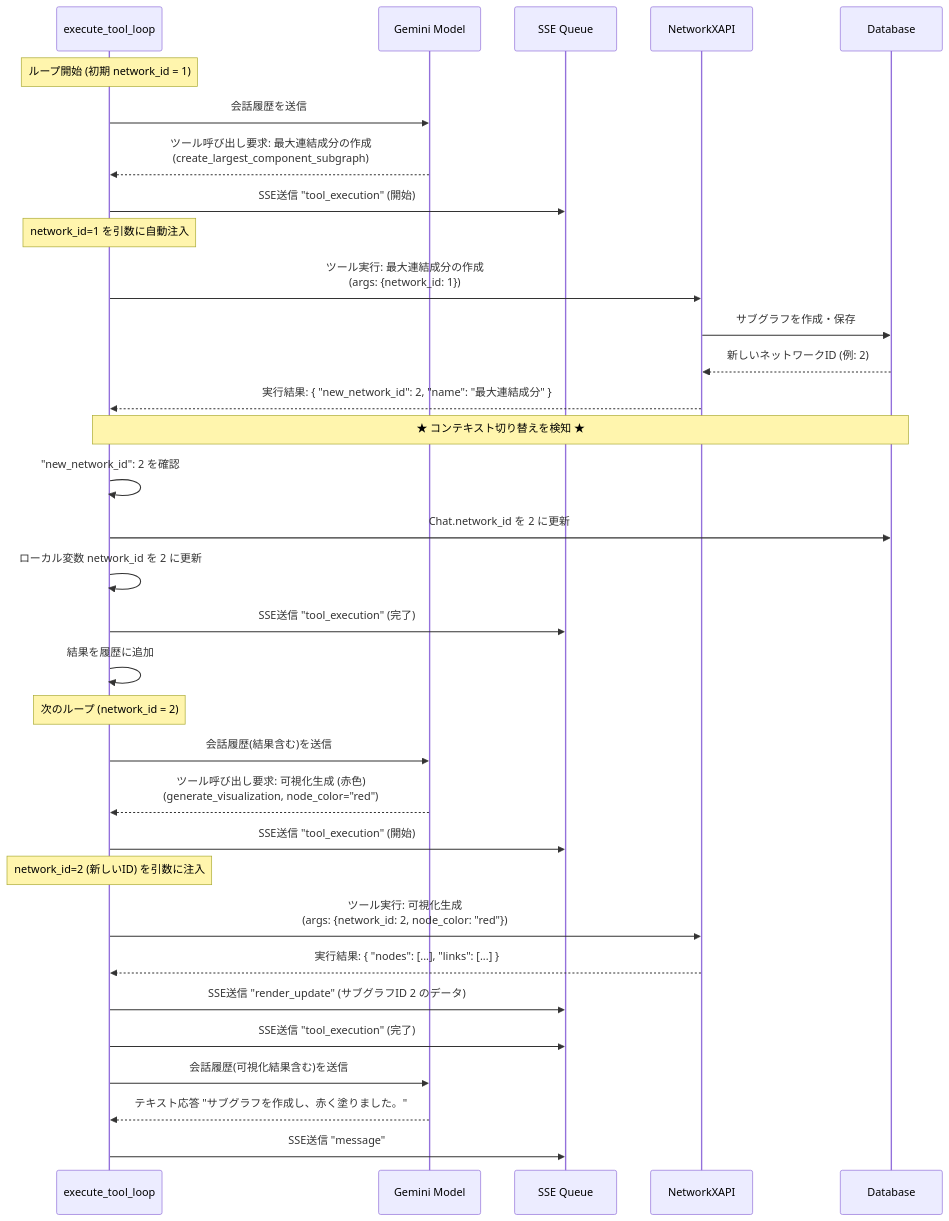
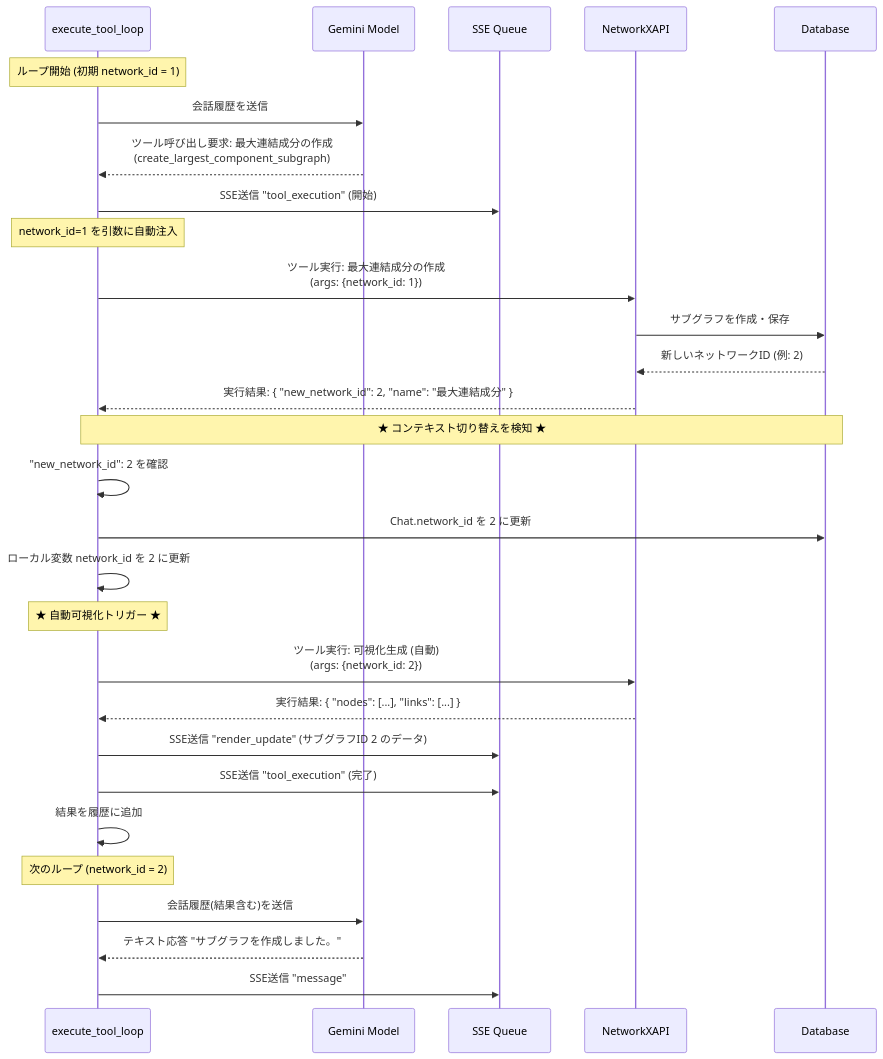
Before and after one commit to vdslab/LLMGraphvis: the tenth of 10 diagrams in specification/2_Technical_Details/6_Core_Workflows.md, drawn with Mermaid. The commit also changed other lines of this file and 4 other files, not shown here.

Commit message:
feat: Automatically generate and render visualizations for new networks created by tool execution and add comprehensive LCC verification tests.

````diff
--- a/specification/2_Technical_Details/6_Core_Workflows.md
+++ b/specification/2_Technical_Details/6_Core_Workflows.md
@@ -455,48 +457,41 @@
 ```mermaid
 sequenceDiagram
     participant Engine as execute_tool_loop
     participant LLM as Gemini Model
     participant Queue as SSE Queue
     participant MCP as NetworkXAPI
     participant DB as Database
     
     Note over Engine: ループ開始 (初期 network_id = 1)
 
     Engine->>LLM: 会話履歴を送信
     LLM-->>Engine: ツール呼び出し要求: 最大連結成分の作成<br/>(create_largest_component_subgraph)
 
     Engine->>Queue: SSE送信 "tool_execution" (開始)
     
     Note over Engine: network_id=1 を引数に自動注入
     Engine->>MCP: ツール実行: 最大連結成分の作成<br/>(args: {network_id: 1})
     MCP->>DB: サブグラフを作成・保存
     DB-->>MCP: 新しいネットワークID (例: 2)
     MCP-->>Engine: 実行結果: { "new_network_id": 2, "name": "最大連結成分" }
 
     Note over Engine, DB: ★ コンテキスト切り替えを検知 ★
     Engine->>Engine: "new_network_id": 2 を確認
     Engine->>DB: Chat.network_id を 2 に更新
     Engine->>Engine: ローカル変数 network_id を 2 に更新
+    
+    Note over Engine: ★ 自動可視化トリガー ★
+    Engine->>MCP: ツール実行: 可視化生成 (自動)<br/>(args: {network_id: 2})
+    MCP-->>Engine: 実行結果: { "nodes": [...], "links": [...] }
+    Engine->>Queue: SSE送信 "render_update" (サブグラフID 2 のデータ)
 
     Engine->>Queue: SSE送信 "tool_execution" (完了)
     Engine->>Engine: 結果を履歴に追加
 
     Note over Engine: 次のループ (network_id = 2)
 
     Engine->>LLM: 会話履歴(結果含む)を送信
-    LLM-->>Engine: ツール呼び出し要求: 可視化生成 (赤色)<br/>(generate_visualization, node_color="red")
-    
-    Engine->>Queue: SSE送信 "tool_execution" (開始)
-
-    Note over Engine: network_id=2 (新しいID) を引数に注入
-    Engine->>MCP: ツール実行: 可視化生成<br/>(args: {network_id: 2, node_color: "red"})
-    MCP-->>Engine: 実行結果: { "nodes": [...], "links": [...] }
-
-    Engine->>Queue: SSE送信 "render_update" (サブグラフID 2 のデータ)
-    Engine->>Queue: SSE送信 "tool_execution" (完了)
-
-    Engine->>LLM: 会話履歴(可視化結果含む)を送信
-    LLM-->>Engine: テキスト応答 "サブグラフを作成し、赤く塗りました。"
+    LLM-->>Engine: テキスト応答 "サブグラフを作成しました。"
     
     Engine->>Queue: SSE送信 "message"
 ```
````
